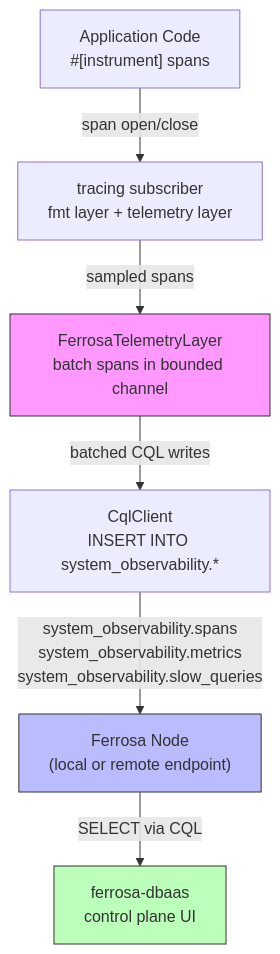
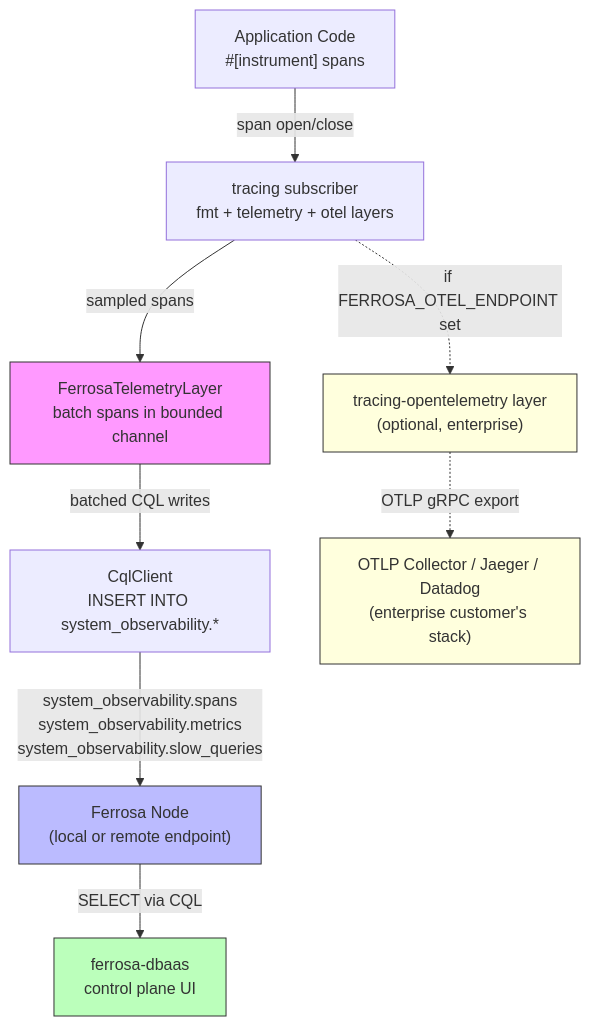
One commit to ferrosadb/ferrosa changed the diagram in specs/observability-architecture.md. Above: the diagram before and after it, drawn with Mermaid. The commit also changed other lines of this file, not shown here.

First line of the commit message:
docs: add optional OTLP export, graph engine + index instrumentation

````diff
--- a/specs/observability-architecture.md
+++ b/specs/observability-architecture.md
@@ -23,19 +23,25 @@
 ```mermaid
 graph TD
     App["Application Code<br/>#[instrument] spans"]
-    Sub["tracing subscriber<br/>fmt layer + telemetry layer"]
+    Sub["tracing subscriber<br/>fmt + telemetry + otel layers"]
     TL["FerrosaTelemetryLayer<br/>batch spans in bounded channel"]
+    OTL["tracing-opentelemetry layer<br/>(optional, enterprise)"]
     CQL["CqlClient<br/>INSERT INTO system_observability.*"]
     DB["Ferrosa Node<br/>(local or remote endpoint)"]
     UI["ferrosa-dbaas<br/>control plane UI"]
+    OTLP["OTLP Collector / Jaeger / Datadog<br/>(enterprise customer's stack)"]
 
     App -->|"span open/close"| Sub
     Sub -->|"sampled spans"| TL
+    Sub -.->|"if FERROSA_OTEL_ENDPOINT set"| OTL
     TL -->|"batched CQL writes"| CQL
+    OTL -.->|"OTLP gRPC export"| OTLP
     CQL -->|"system_observability.spans<br/>system_observability.metrics<br/>system_observability.slow_queries"| DB
     DB -->|"SELECT via CQL"| UI
 
     style TL fill:#f9f,stroke:#333
     style DB fill:#bbf,stroke:#333
     style UI fill:#bfb,stroke:#333
+    style OTL fill:#ffd,stroke:#333
+    style OTLP fill:#ffd,stroke:#333
 ```
````
